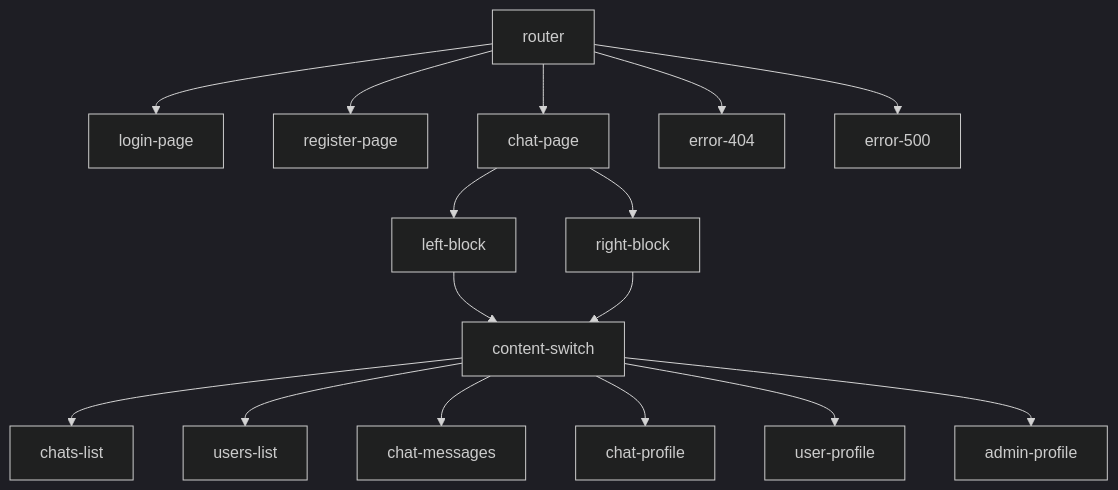
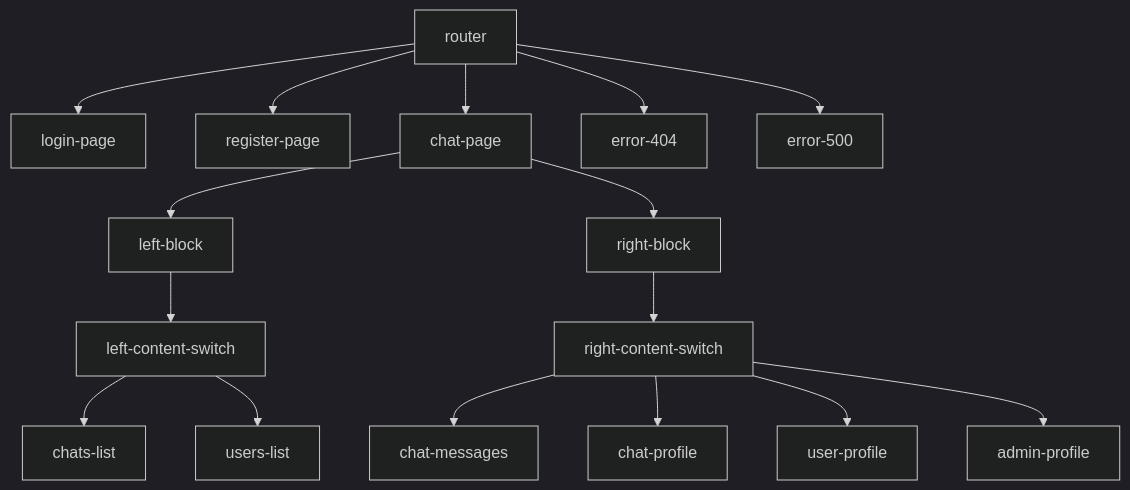
One commit to mrNote23/middle.messenger.praktikum.yandex changed the diagram in README.md. Above: the diagram before and after it, drawn with Mermaid (dark theme). The commit also changed other lines of this file and 47 other files, not shown here.

````diff
--- a/README.md
+++ b/README.md
@@ -68,19 +79,19 @@
 ```mermaid
 flowchart TD
     router --> login-page
     router --> register-page
     router --> chat-page
     router --> error-404
     router --> error-500
     chat-page --> left-block
     chat-page --> right-block
-    left-block --> content-switch
-    content-switch --> chats-list
-    content-switch --> users-list
-    right-block --> content-switch
-    content-switch --> chat-messages
-    content-switch --> chat-profile
-    content-switch --> user-profile
-    content-switch --> admin-profile
+    left-block --> left-content-switch
+    left-content-switch --> chats-list
+    left-content-switch --> users-list
+    right-block --> right-content-switch
+    right-content-switch --> chat-messages
+    right-content-switch --> chat-profile
+    right-content-switch --> user-profile
+    right-content-switch --> admin-profile
 
 ```
````
